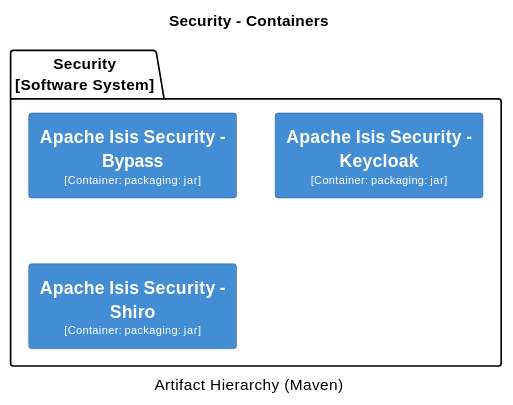
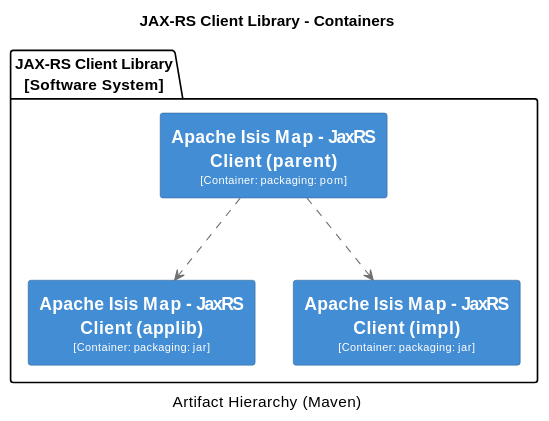
Before and after one commit to apache/causeway: diagram 18 of 37 in antora/components/system/modules/generated/pages/system-overview.adoc, drawn with PlantUML. The commit also changed other lines of this file and 10 other files, not shown here.

```diff
--- a/antora/components/system/modules/generated/pages/system-overview.adoc
+++ b/antora/components/system/modules/generated/pages/system-overview.adoc
@@ -1440,36 +2872,38 @@
-[plantuml,Security,svg]
+[plantuml,JAX-RS Client Library,svg]
 ----
-@startuml(id=Security)
-title Security - Containers
+@startuml(id=JAX-RS_Client_Library)
+title JAX-RS Client Library - Containers
 caption Artifact Hierarchy (Maven)
 
 skinparam {
   shadowing false
   arrowFontSize 10
   defaultTextAlignment center
   wrapWidth 200
   maxMessageSize 100
 }
 hide stereotype
 skinparam rectangle<<2>> {
   BackgroundColor #438dd5
   FontColor #fffffe
   BorderColor #2E6295
 }
 skinparam rectangle<<3>> {
   BackgroundColor #438dd5
   FontColor #fffffe
   BorderColor #2E6295
 }
 skinparam rectangle<<4>> {
   BackgroundColor #438dd5
   FontColor #fffffe
   BorderColor #2E6295
 }
-package "Security\n[Software System]" {
-  rectangle "==Apache Isis Security - Bypass\n<size:10>[Container: packaging: jar]</size>" <<2>> as 2
-  rectangle "==Apache Isis Security - Keycloak\n<size:10>[Container: packaging: jar]</size>" <<3>> as 3
-  rectangle "==Apache Isis Security - Shiro\n<size:10>[Container: packaging: jar]</size>" <<4>> as 4
+package "JAX-RS Client Library\n[Software System]" {
+  rectangle "==Apache Isis Map - JaxRS Client (applib)\n<size:10>[Container: packaging: jar]</size>" <<3>> as 3
+  rectangle "==Apache Isis Map - JaxRS Client (impl)\n<size:10>[Container: packaging: jar]</size>" <<4>> as 4
+  rectangle "==Apache Isis Map - JaxRS Client (parent)\n<size:10>[Container: packaging: pom]</size>" <<2>> as 2
 }
+2 .[#707070].> 3 : ""
+2 .[#707070].> 4 : ""
 @enduml
 ----
```
